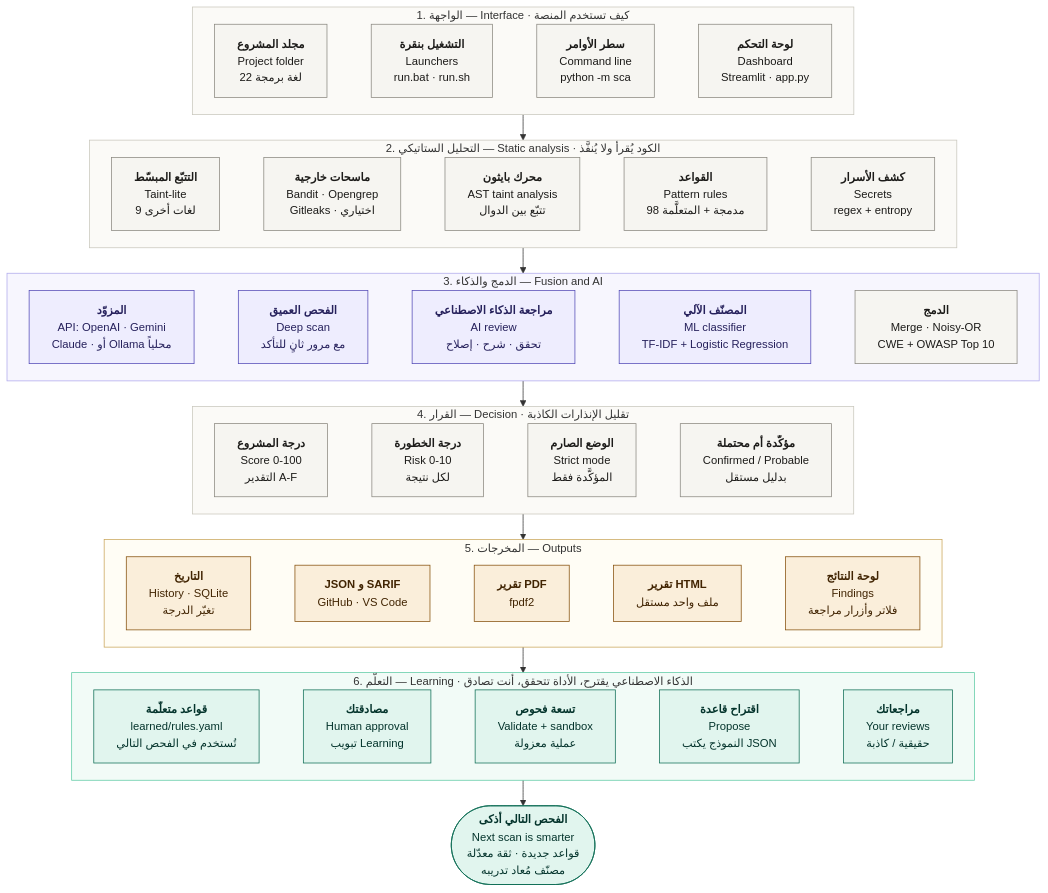
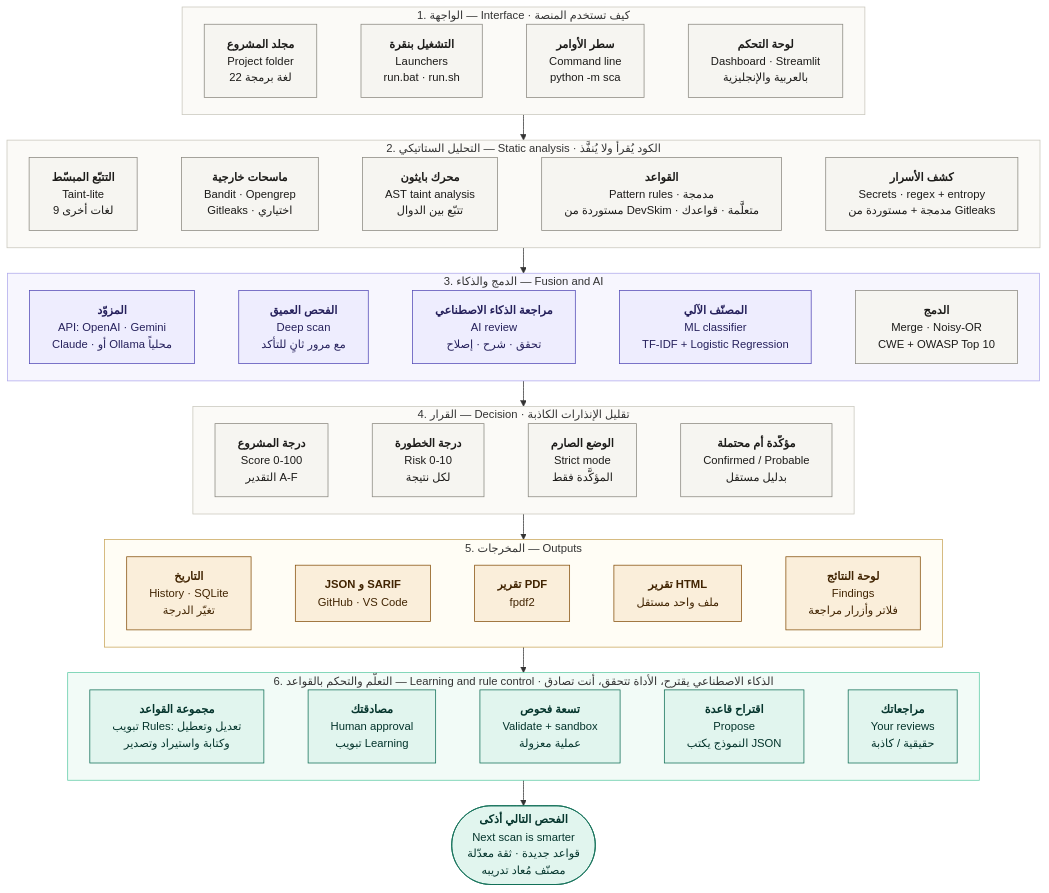
One commit to blackangiliq/graduate_project changed the diagram in docs/diagrams/overview.ar.mmd. Above: the diagram before and after it, drawn with Mermaid. The commit also changed 69 other files, not shown here.

First line of the commit message:
Import vetted rules from DevSkim and Gitleaks, add full rule control, bilingual dashboard with Guide tab, supervisor document

```diff
--- a/docs/diagrams/overview.ar.mmd
+++ b/docs/diagrams/overview.ar.mmd
@@ -1,79 +1,79 @@
 %%{init: {"flowchart": {"wrappingWidth": 300, "nodeSpacing": 26, "rankSpacing": 34}, "themeVariables": {"fontFamily": "Liberation Sans", "fontSize": "15px"}, "themeCSS": "foreignObject div, foreignObject p, foreignObject span, .nodeLabel, .edgeLabel, .cluster-label { unicode-bidi: plaintext; }"}}%%
 %% المخطط الشرحي الشامل: المشروع كله في صفحة واحدة (طبقات)، بالعربية والإنجليزية.
 %% Render:  mmdc -i docs/diagrams/overview.ar.mmd -o docs/images/overview.ar.png -w 2000 -s 2 -b white
 flowchart TD
     subgraph L1["1. الواجهة — Interface  ·  كيف تستخدم المنصة"]
         direction RL
         A1 ~~~ A2 ~~~ A3 ~~~ A4
-        A1["<b>لوحة التحكم</b><br/>Dashboard<br/>Streamlit · app.py"]
+        A1["<b>لوحة التحكم</b><br/>Dashboard · Streamlit<br/>بالعربية والإنجليزية"]
         A2["<b>سطر الأوامر</b><br/>Command line<br/>python -m sca"]
         A3["<b>التشغيل بنقرة</b><br/>Launchers<br/>run.bat · run.sh"]
         A4["<b>مجلد المشروع</b><br/>Project folder<br/>22 لغة برمجة"]
     end
 
     subgraph L2["2. التحليل الستاتيكي — Static analysis  ·  الكود يُقرأ ولا يُنفَّذ"]
         direction RL
         B1 ~~~ B2 ~~~ B3 ~~~ B4 ~~~ B5
-        B1["<b>كشف الأسرار</b><br/>Secrets<br/>regex + entropy"]
-        B2["<b>القواعد</b><br/>Pattern rules<br/>98 مدمجة + المتعلَّمة"]
+        B1["<b>كشف الأسرار</b><br/>Secrets · regex + entropy<br/>مدمجة + مستوردة من Gitleaks"]
+        B2["<b>القواعد</b><br/>Pattern rules · مدمجة<br/>مستوردة من DevSkim · متعلَّمة · قواعدك"]
         B3["<b>محرك بايثون</b><br/>AST taint analysis<br/>تتبّع بين الدوال"]
         B4["<b>ماسحات خارجية</b><br/>Bandit · Opengrep<br/>Gitleaks · اختياري"]
         B5["<b>التتبّع المبسّط</b><br/>Taint-lite<br/>9 لغات أخرى"]
     end
 
     subgraph L3["3. الدمج والذكاء — Fusion and AI"]
         direction RL
         C1 ~~~ C2 ~~~ C3 ~~~ C4 ~~~ C5
         C1["<b>الدمج</b><br/>Merge · Noisy-OR<br/>CWE + OWASP Top 10"]
         C2["<b>المصنّف الآلي</b><br/>ML classifier<br/>TF-IDF + Logistic Regression"]
         C3["<b>مراجعة الذكاء الاصطناعي</b><br/>AI review<br/>تحقق · شرح · إصلاح"]
         C4["<b>الفحص العميق</b><br/>Deep scan<br/>مع مرور ثانٍ للتأكد"]
         C5["<b>المزوّد</b><br/>API: OpenAI · Gemini<br/>Claude · أو Ollama محلياً"]
     end
 
     subgraph L4["4. القرار — Decision  ·  تقليل الإنذارات الكاذبة"]
         direction RL
         D1 ~~~ D2 ~~~ D3 ~~~ D4
         D1["<b>مؤكَّدة أم محتملة</b><br/>Confirmed / Probable<br/>بدليل مستقل"]
         D2["<b>الوضع الصارم</b><br/>Strict mode<br/>المؤكَّدة فقط"]
         D3["<b>درجة الخطورة</b><br/>Risk 0-10<br/>لكل نتيجة"]
         D4["<b>درجة المشروع</b><br/>Score 0-100<br/>التقدير A-F"]
     end
 
     subgraph L5["5. المخرجات — Outputs"]
         direction RL
         E1 ~~~ E2 ~~~ E3 ~~~ E4 ~~~ E5
         E1["<b>لوحة النتائج</b><br/>Findings<br/>فلاتر وأزرار مراجعة"]
         E2["<b>تقرير HTML</b><br/>ملف واحد مستقل"]
         E3["<b>تقرير PDF</b><br/>fpdf2"]
         E4["<b>JSON و SARIF</b><br/>GitHub · VS Code"]
         E5["<b>التاريخ</b><br/>History · SQLite<br/>تغيّر الدرجة"]
     end
 
-    subgraph L6["6. التعلّم — Learning  ·  الذكاء الاصطناعي يقترح، الأداة تتحقق، أنت تصادق"]
+    subgraph L6["6. التعلّم والتحكم بالقواعد — Learning and rule control  ·  الذكاء الاصطناعي يقترح، الأداة تتحقق، أنت تصادق"]
         direction RL
         F1 ~~~ F2 ~~~ F3 ~~~ F4 ~~~ F5
         F1["<b>مراجعاتك</b><br/>Your reviews<br/>حقيقية / كاذبة"]
         F2["<b>اقتراح قاعدة</b><br/>Propose<br/>النموذج يكتب JSON"]
         F3["<b>تسعة فحوص</b><br/>Validate + sandbox<br/>عملية معزولة"]
         F4["<b>مصادقتك</b><br/>Human approval<br/>تبويب Learning"]
-        F5["<b>قواعد متعلَّمة</b><br/>learned/rules.yaml<br/>تُستخدم في الفحص التالي"]
+        F5["<b>مجموعة القواعد</b><br/>تبويب Rules: تعديل وتعطيل<br/>وكتابة واستيراد وتصدير"]
     end
 
     L1 --> L2 --> L3 --> L4 --> L5 --> L6
     L6 --> NEXT(["<b>الفحص التالي أذكى</b><br/>Next scan is smarter<br/>قواعد جديدة · ثقة معدّلة<br/>مصنّف مُعاد تدريبه"])
 
     classDef stage fill:#f6f5f1,stroke:#8a8880,color:#1c1b19
     classDef ai fill:#eeedfe,stroke:#534ab7,color:#26215c
     classDef learn fill:#e1f5ee,stroke:#0f6e56,color:#04342c
     classDef out fill:#faeeda,stroke:#854f0b,color:#412402
     class A1,A2,A3,A4,B1,B2,B3,B4,B5,C1,D1,D2,D3,D4 stage
     class C2,C3,C4,C5 ai
     class F1,F2,F3,F4,F5,NEXT learn
     class E1,E2,E3,E4,E5 out
     style L1 fill:#fbfaf7,stroke:#c9c7bd
     style L2 fill:#fbfaf7,stroke:#c9c7bd
     style L3 fill:#f7f6fe,stroke:#afa9ec
     style L4 fill:#fbfaf7,stroke:#c9c7bd
     style L5 fill:#fffdf5,stroke:#c9a55a
     style L6 fill:#f2fbf7,stroke:#5dcaa5
```
